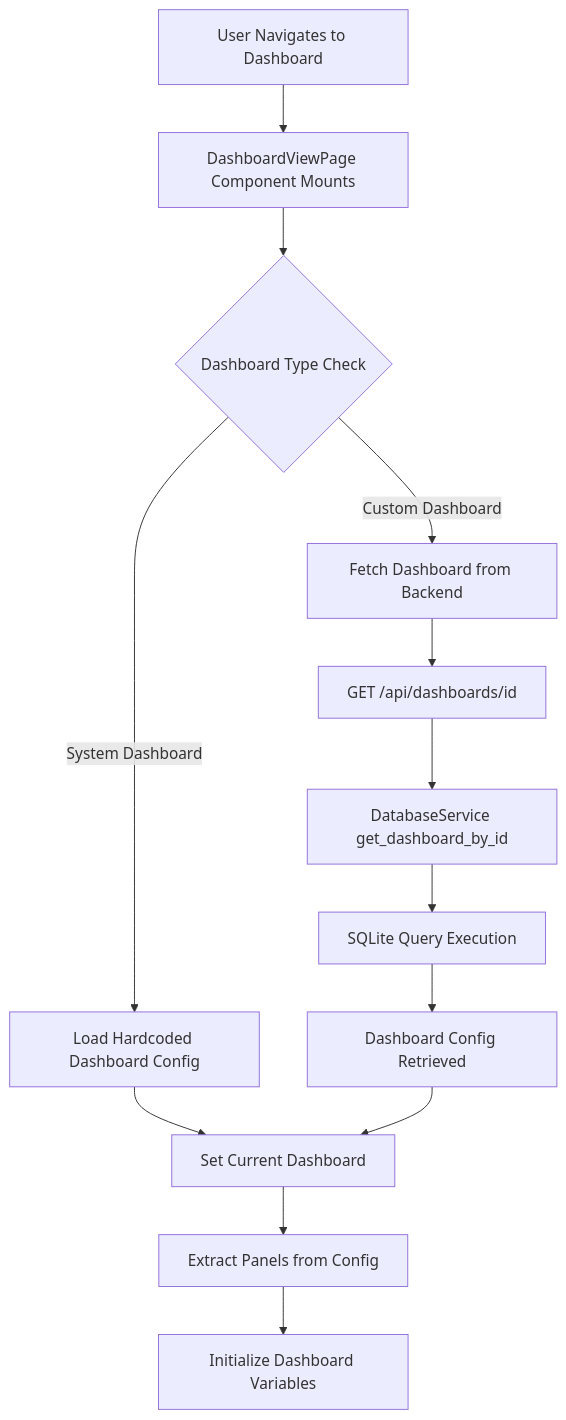
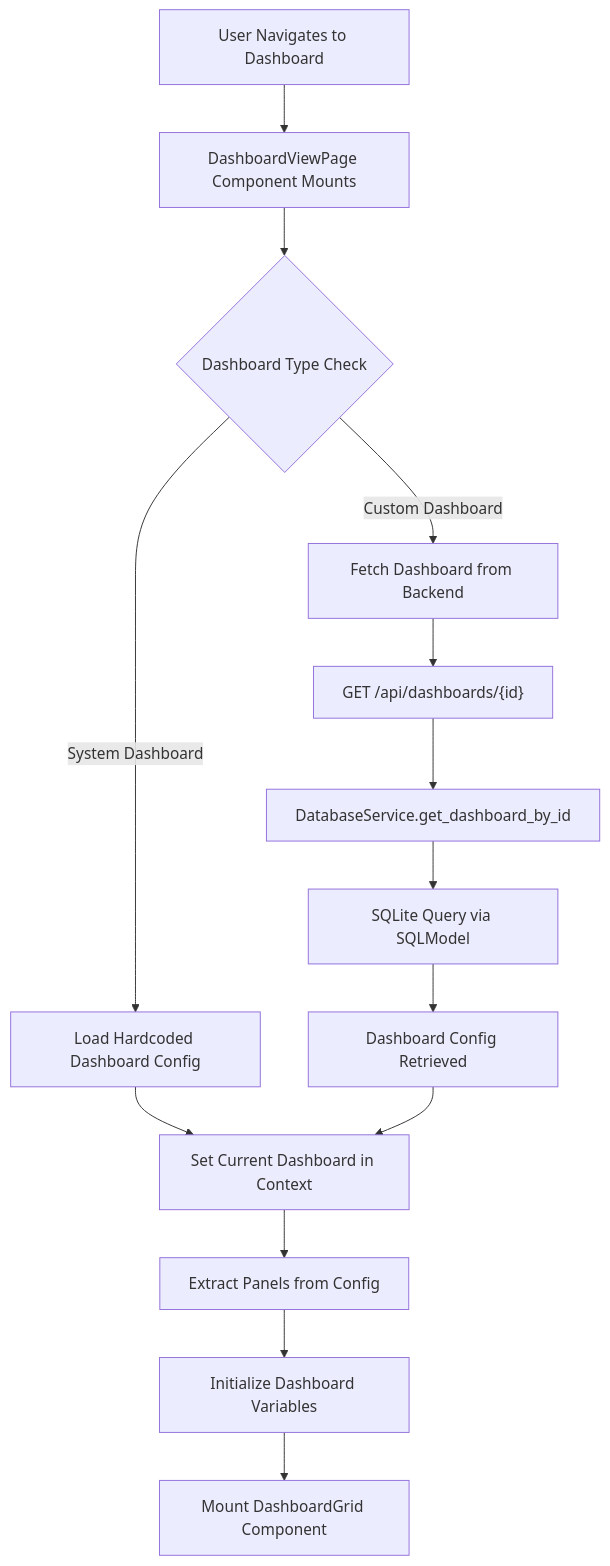
The first of 4 diagrams in docs/dashboard_data_flow_analysis.md (bdeland/TowerIQ), drawn with Mermaid before and after one commit. The commit also changed other lines of this file and 6 other files, not shown here.

````diff
--- a/docs/dashboard_data_flow_analysis.md
+++ b/docs/dashboard_data_flow_analysis.md
@@ -28,17 +39,18 @@
 ```mermaid
 graph TD
     A[User Navigates to Dashboard] --> B[DashboardViewPage Component Mounts]
     B --> C{Dashboard Type Check}
     C -->|System Dashboard| D[Load Hardcoded Dashboard Config]
     C -->|Custom Dashboard| E[Fetch Dashboard from Backend]
     
-    E --> F["GET /api/dashboards/id"]
-    F --> G[DatabaseService get_dashboard_by_id]
-    G --> H[SQLite Query Execution]
+    E --> F["GET /api/dashboards/{id}"]
+    F --> G[DatabaseService.get_dashboard_by_id]
+    G --> H[SQLite Query via SQLModel]
     H --> I[Dashboard Config Retrieved]
     
-    D --> J[Set Current Dashboard]
+    D --> J[Set Current Dashboard in Context]
     I --> J
     J --> K[Extract Panels from Config]
     K --> L[Initialize Dashboard Variables]
+    L --> M[Mount DashboardGrid Component]
 ```
````
